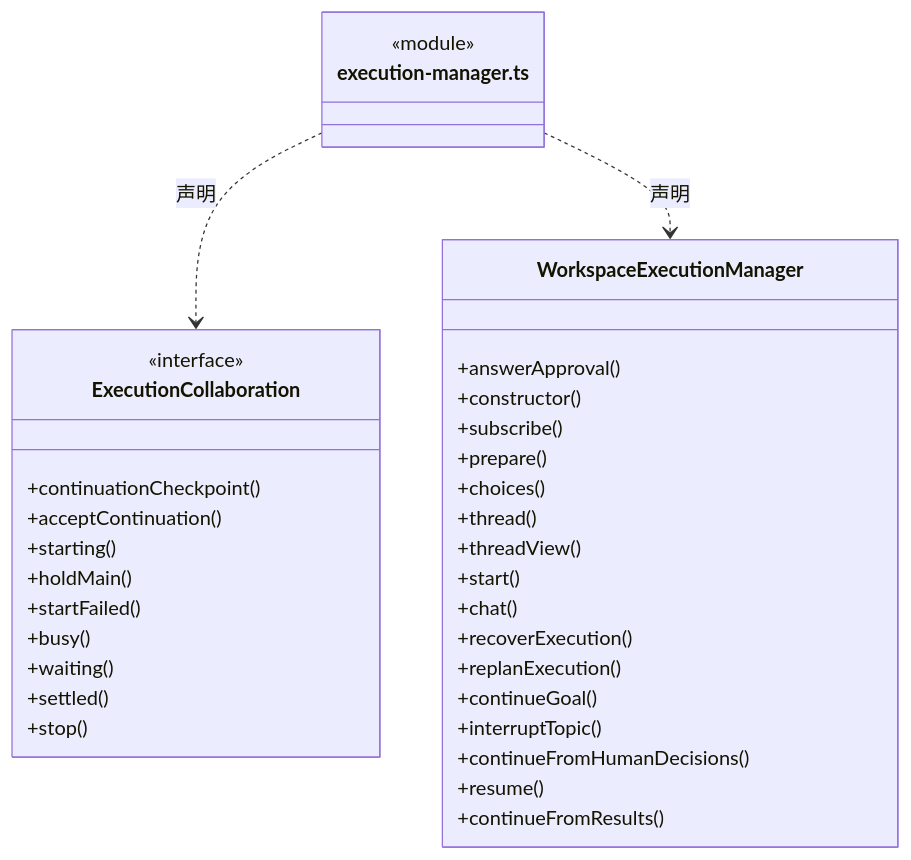
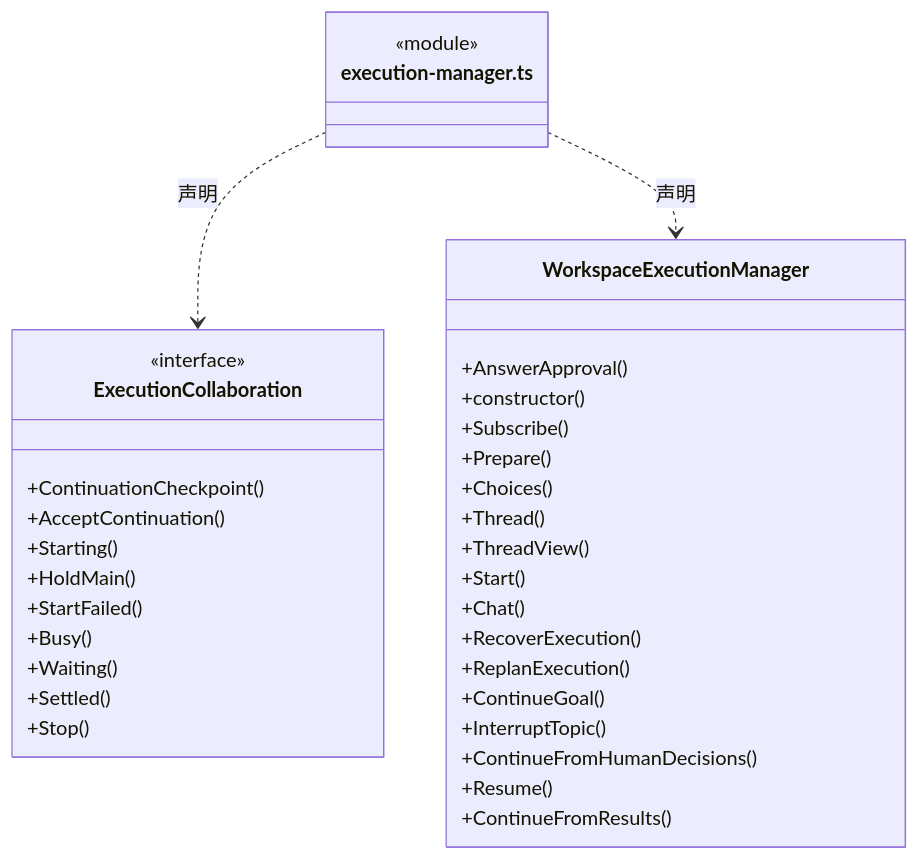
One commit to nan023062/cbim changed the third of 12 diagrams in src/logic/conversation/runtime/ARCHITECTURE.md. Above: the diagram before and after it, drawn with Mermaid. The commit also changed other lines of this file and 1035 other files, not shown here.

````diff
--- a/src/logic/conversation/runtime/ARCHITECTURE.md
+++ b/src/logic/conversation/runtime/ARCHITECTURE.md
@@ -108,38 +108,38 @@
 ```mermaid
 classDiagram
 class N_src_logic_conversation_runtime_execution_manager_ts["execution-manager.ts"] {
   <<module>>
 }
 class N_src_logic_conversation_runtime_execution_manager_ts_ExecutionCollaboration["ExecutionCollaboration"] {
   <<interface>>
-  +continuationCheckpoint()
-  +acceptContinuation()
-  +starting()
-  +holdMain()
-  +startFailed()
-  +busy()
-  +waiting()
-  +settled()
-  +stop()
+  +ContinuationCheckpoint()
+  +AcceptContinuation()
+  +Starting()
+  +HoldMain()
+  +StartFailed()
+  +Busy()
+  +Waiting()
+  +Settled()
+  +Stop()
 }
 N_src_logic_conversation_runtime_execution_manager_ts ..> N_src_logic_conversation_runtime_execution_manager_ts_ExecutionCollaboration : 声明
 class N_src_logic_conversation_runtime_execution_manager_ts_WorkspaceExecutionManager["WorkspaceExecutionManager"] {
-  +answerApproval()
+  +AnswerApproval()
   +constructor()
-  +subscribe()
-  +prepare()
-  +choices()
-  +thread()
-  +threadView()
-  +start()
-  +chat()
-  +recoverExecution()
-  +replanExecution()
-  +continueGoal()
-  +interruptTopic()
-  +continueFromHumanDecisions()
-  +resume()
-  +continueFromResults()
+  +Subscribe()
+  +Prepare()
+  +Choices()
+  +Thread()
+  +ThreadView()
+  +Start()
+  +Chat()
+  +RecoverExecution()
+  +ReplanExecution()
+  +ContinueGoal()
+  +InterruptTopic()
+  +ContinueFromHumanDecisions()
+  +Resume()
+  +ContinueFromResults()
 }
 N_src_logic_conversation_runtime_execution_manager_ts ..> N_src_logic_conversation_runtime_execution_manager_ts_WorkspaceExecutionManager : 声明
 ```
````
